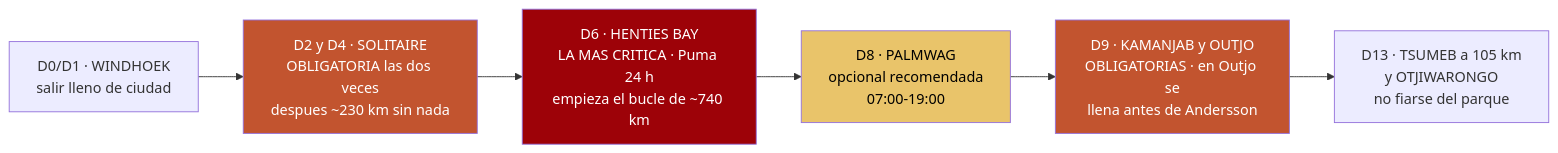
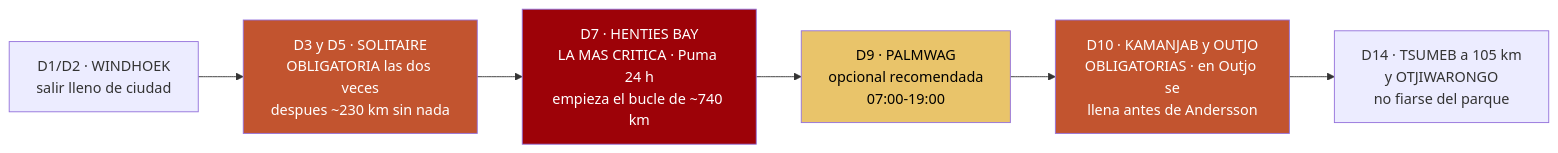
The fourth of 4 diagrams in 01-itinerarios-dia-a-dia.md (morandeirachema/namibia), drawn with Mermaid before and after one commit. The commit also changed other lines of this file and 54 other files, not shown here.

````diff
--- a/01-itinerarios-dia-a-dia.md
+++ b/01-itinerarios-dia-a-dia.md
@@ -726,13 +726,13 @@
 ```mermaid
 flowchart LR
 %% ancho
-    A["D0/D1 · WINDHOEK<br/>salir lleno de ciudad"] --> B["D2 y D4 · SOLITAIRE<br/>OBLIGATORIA las dos veces<br/>despues ~230 km sin nada"]
-    B --> C["D6 · HENTIES BAY<br/>LA MAS CRITICA · Puma 24 h<br/>empieza el bucle de ~740 km"]
-    C --> D["D8 · PALMWAG<br/>opcional recomendada<br/>07:00-19:00"]
-    D --> E["D9 · KAMANJAB y OUTJO<br/>OBLIGATORIAS · en Outjo se<br/>llena antes de Andersson"]
-    E --> F["D13 · TSUMEB a 105 km<br/>y OTJIWARONGO<br/>no fiarse del parque"]
+    A["D1/D2 · WINDHOEK<br/>salir lleno de ciudad"] --> B["D3 y D5 · SOLITAIRE<br/>OBLIGATORIA las dos veces<br/>despues ~230 km sin nada"]
+    B --> C["D7 · HENTIES BAY<br/>LA MAS CRITICA · Puma 24 h<br/>empieza el bucle de ~740 km"]
+    C --> D["D9 · PALMWAG<br/>opcional recomendada<br/>07:00-19:00"]
+    D --> E["D10 · KAMANJAB y OUTJO<br/>OBLIGATORIAS · en Outjo se<br/>llena antes de Andersson"]
+    E --> F["D14 · TSUMEB a 105 km<br/>y OTJIWARONGO<br/>no fiarse del parque"]
     style C fill:#9d0208,color:#fff
     style B fill:#C2542F,color:#fff
     style E fill:#C2542F,color:#fff
     style D fill:#e9c46a,color:#000
 ```
````
